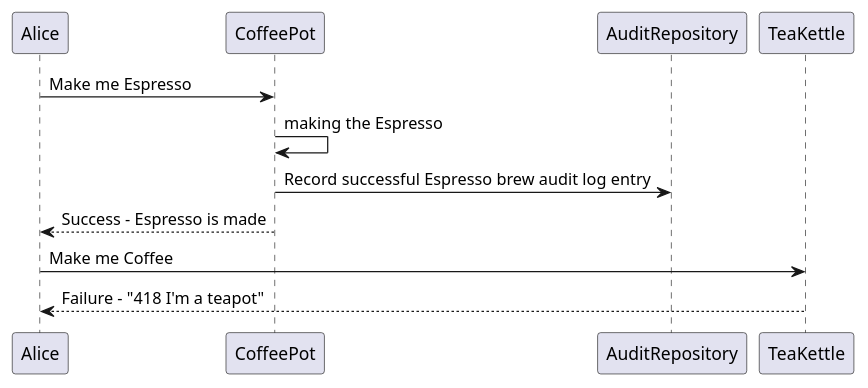
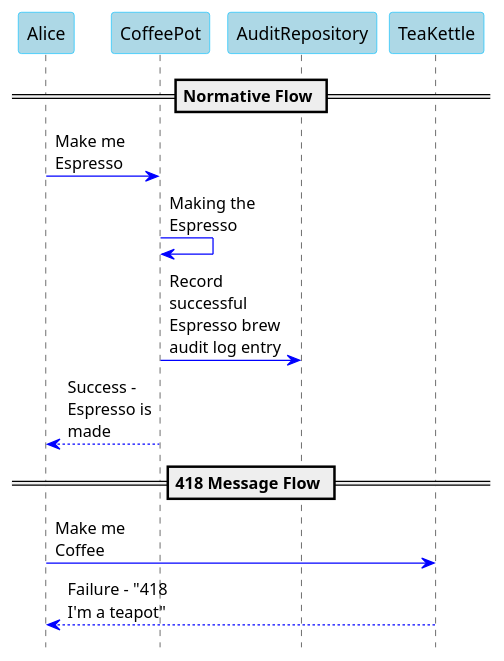
One commit to DavidPyke/HotBeverage changed the diagram in input/images-source/brewRequest.plantuml. Above: the diagram before and after it, drawn with PlantUML.

Commit message:
Update sequence diagram

```diff
--- a/input/images-source/brewRequest.plantuml
+++ b/input/images-source/brewRequest.plantuml
@@ -1,9 +1,30 @@
 @startuml
+hide footbox
+skinparam maxMessageSize 90
+skinparam sequence {
+backgroundColor DeepSkyBlue
+BorderColor DarkSlateGray
+ArrowColor Blue
+}
+
+skinparam Note {
+BackgroundColor LightBlue
+BorderColor Blue
+}
+
+skinparam participant {
+FontName Arial
+Style awesome
+BorderColor DeepSkyBlue
+BackgroundColor LightBlue
+}
+
+== Normative Flow ==
 Alice -> CoffeePot: Make me Espresso
-CoffeePot -> CoffeePot: making the Espresso
+CoffeePot -> CoffeePot: Making the Espresso
 CoffeePot -> AuditRepository: Record successful Espresso brew audit log entry
 CoffeePot --> Alice: Success - Espresso is made
-
+== 418 Message Flow ==
 Alice -> TeaKettle: Make me Coffee
 Alice <-- TeaKettle: Failure - "418 I'm a teapot"
 @enduml
```
